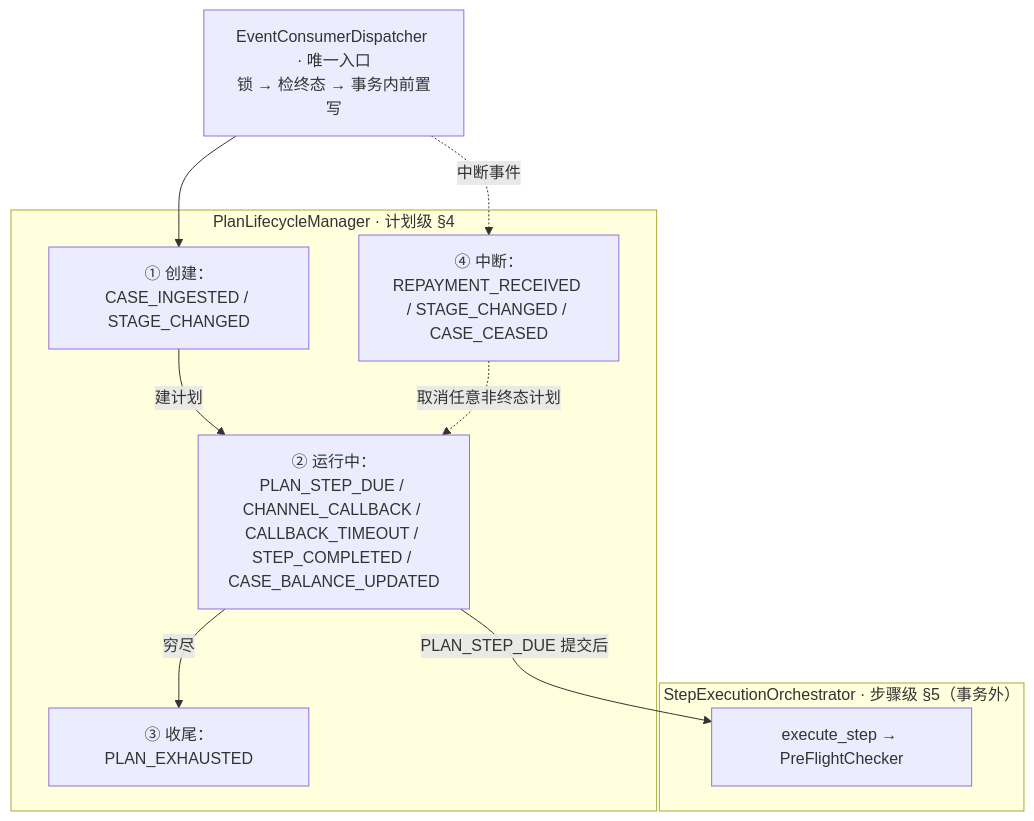
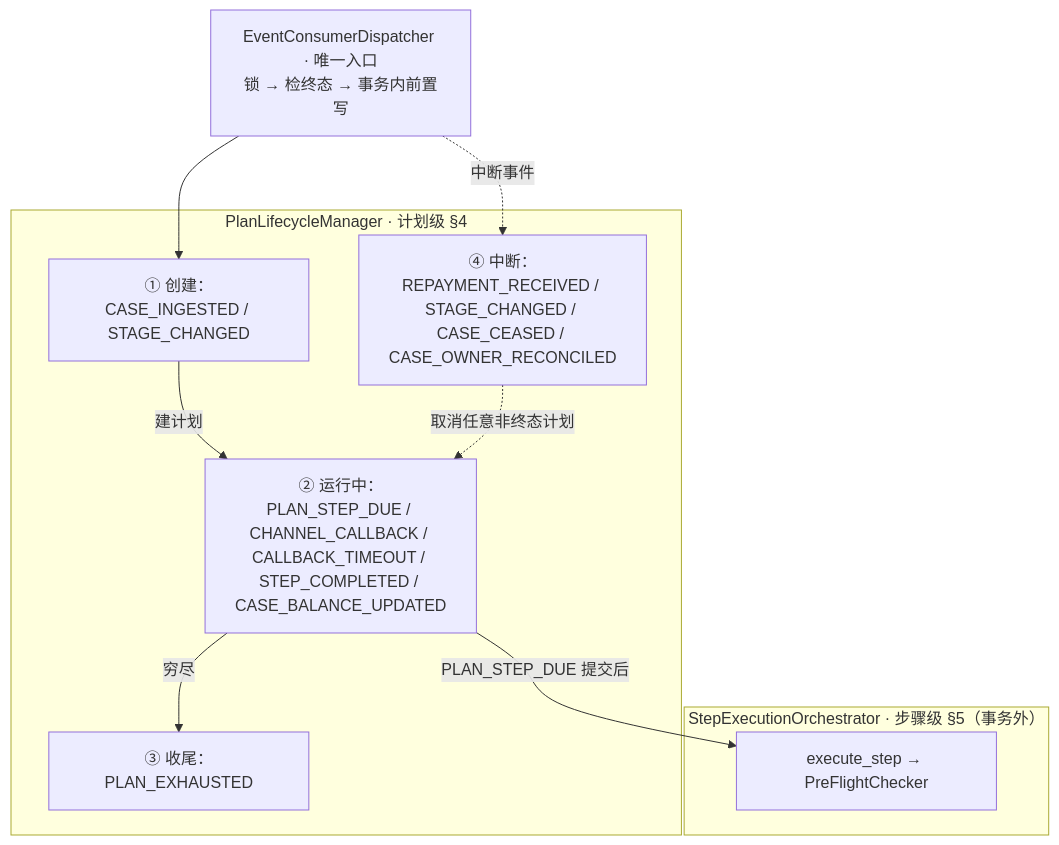
One commit to katherineliu2102/Intelligent-Collection-V1 changed the second of 6 diagrams in docs/MOCASA催收系统升级_Phase1_核心引擎规格.md. Above: the diagram before and after it, drawn with Mermaid. The commit also changed other lines of this file and 54 other files, not shown here.

````diff
--- a/docs/MOCASA催收系统升级_Phase1_核心引擎规格.md
+++ b/docs/MOCASA催收系统升级_Phase1_核心引擎规格.md
@@ -129,22 +130,22 @@
 ```mermaid
 flowchart TB
     D["EventConsumerDispatcher · 唯一入口<br/>锁 → 检终态 → 事务内前置写"]
 
     subgraph plan["PlanLifecycleManager · 计划级 §4"]
         P1["① 创建：CASE_INGESTED / STAGE_CHANGED"]
         P3["② 运行中：PLAN_STEP_DUE / CHANNEL_CALLBACK / CALLBACK_TIMEOUT / STEP_COMPLETED / CASE_BALANCE_UPDATED"]
         P4["③ 收尾：PLAN_EXHAUSTED"]
-        P2["④ 中断：REPAYMENT_RECEIVED / STAGE_CHANGED / CASE_CEASED"]
+        P2["④ 中断：REPAYMENT_RECEIVED / STAGE_CHANGED / CASE_CEASED / CASE_OWNER_RECONCILED"]
     end
 
     subgraph step["StepExecutionOrchestrator · 步骤级 §5（事务外）"]
         O["execute_step → PreFlightChecker"]
     end
 
     D --> P1
     P1 -->|"建计划"| P3
     P3 -->|"穷尽"| P4
     P3 -->|"PLAN_STEP_DUE 提交后"| O
     D -. "中断事件" .-> P2
     P2 -. "取消任意非终态计划" .-> P3
 ```
````
